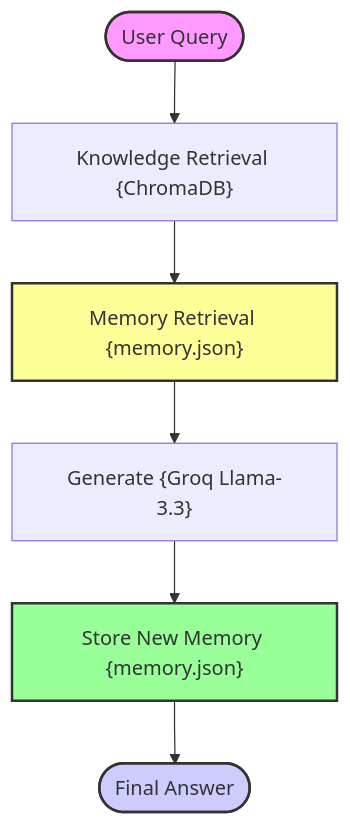
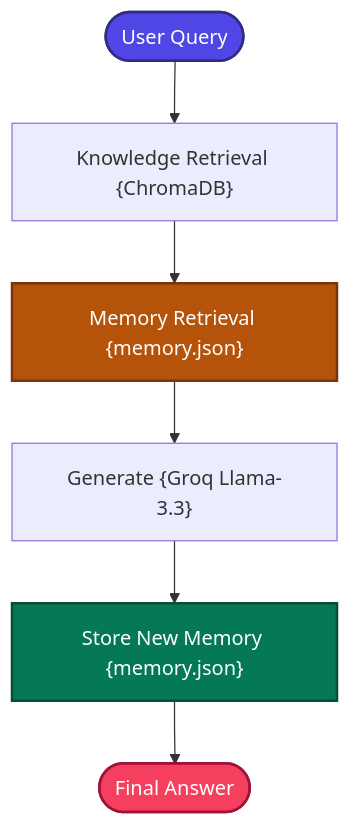
Before and after one commit to mohd-faizy/RAG-Design-Patterns: the diagram in 18_Memory_Augmented_RAG/README.md, drawn with Mermaid. The commit also changed 18 other files, not shown here.

````diff
--- a/18_Memory_Augmented_RAG/README.md
+++ b/18_Memory_Augmented_RAG/README.md
@@ -9,13 +9,13 @@
 ```mermaid
 graph TD
     Query([User Query]) --> KnowledgeRetrieve["Knowledge Retrieval {ChromaDB}"]
     KnowledgeRetrieve --> MemoryRetrieve["Memory Retrieval {memory.json}"]
     MemoryRetrieve --> Generate["Generate {Groq Llama-3.3}"]
     Generate --> StoreMemory["Store New Memory {memory.json}"]
     StoreMemory --> FinalAnswer([Final Answer])
 
-    style Query fill:#f9f,stroke:#333,stroke-width:2px
-    style FinalAnswer fill:#ccf,stroke:#333,stroke-width:2px
-    style MemoryRetrieve fill:#ff9,stroke:#333,stroke-width:2px
-    style StoreMemory fill:#9f9,stroke:#333,stroke-width:2px
+    style Query fill:#4F46E5,stroke:#312E81,stroke-width:2px,color:#fff
+    style FinalAnswer fill:#F43F5E,stroke:#9F1239,stroke-width:2px,color:#fff
+    style MemoryRetrieve fill:#B45309,stroke:#78350F,stroke-width:2px,color:#fff
+    style StoreMemory fill:#047857,stroke:#064E3B,stroke-width:2px,color:#fff
 ```
````
